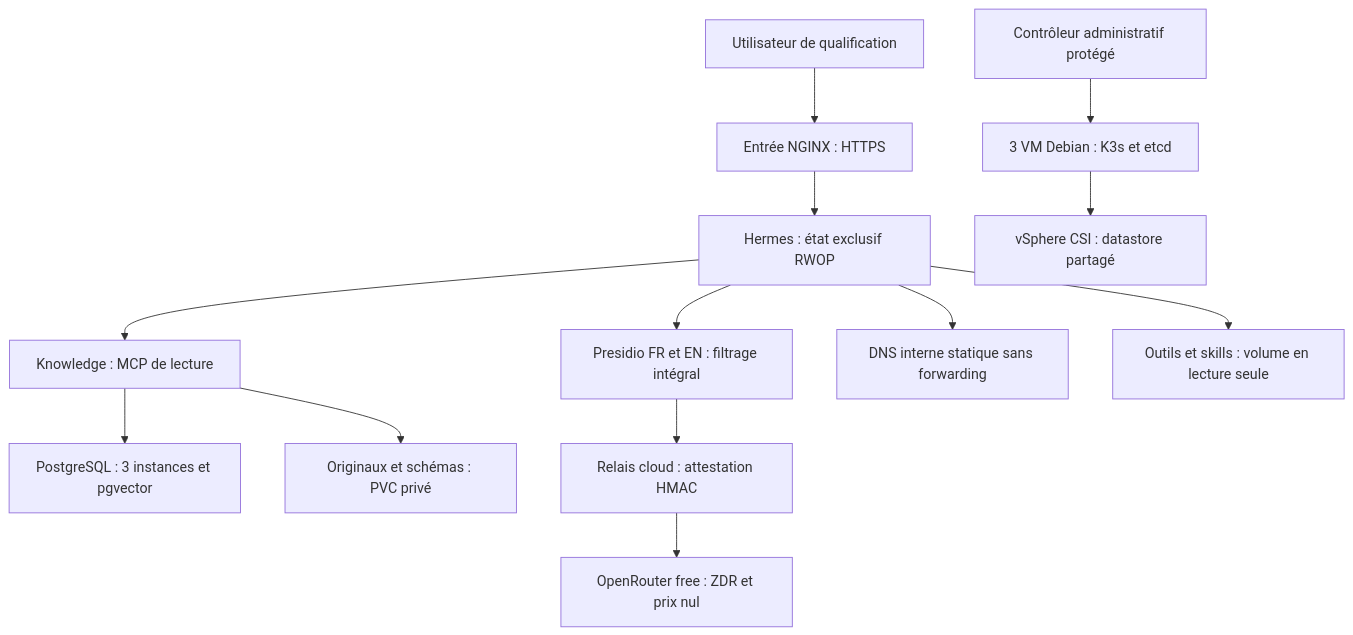
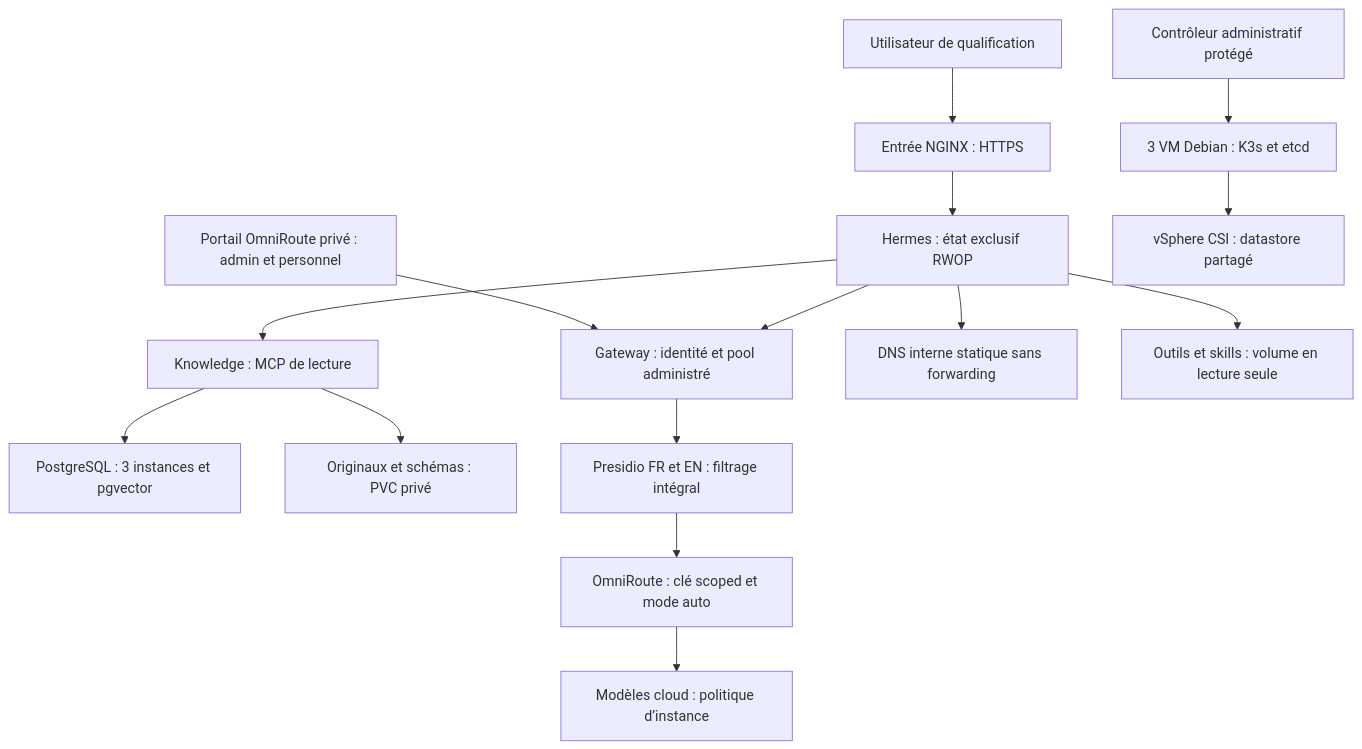
Before and after one commit to nicolastheuil/ArcIA: the first of 5 diagrams in docs/schemas-plateforme-hermes.md, drawn with Mermaid. The commit also changed other lines of this file and 22 other files, not shown here.

Commit message:
Qualify private OmniRoute provider access and preserve default routing

````diff
--- a/docs/schemas-plateforme-hermes.md
+++ b/docs/schemas-plateforme-hermes.md
@@ -7,15 +7,17 @@
 ```mermaid
 flowchart TB
   U[Utilisateur de qualification] --> TLS[Entrée NGINX : HTTPS]
   TLS --> H[Hermes : état exclusif RWOP]
   H --> K[Knowledge : MCP de lecture]
   K --> PG[PostgreSQL : 3 instances et pgvector]
   K --> O[Originaux et schémas : PVC privé]
-  H --> P[Presidio FR et EN : filtrage intégral]
-  P --> R[Relais cloud : attestation HMAC]
-  R --> C[OpenRouter free : ZDR et prix nul]
+  H --> G[Gateway : identité et pool administré]
+  G --> P[Presidio FR et EN : filtrage intégral]
+  P --> R[OmniRoute : clé scoped et mode auto]
+  R --> C[Modèles cloud : politique d’instance]
+  LAN[Portail OmniRoute privé : admin et personnel] --> G
   H --> DNS[DNS interne statique sans forwarding]
   H --> T[Outils et skills : volume en lecture seule]
   ADMIN[Contrôleur administratif protégé] --> K3S[3 VM Debian : K3s et etcd]
   K3S --> CSI[vSphere CSI : datastore partagé]
 ```
````
